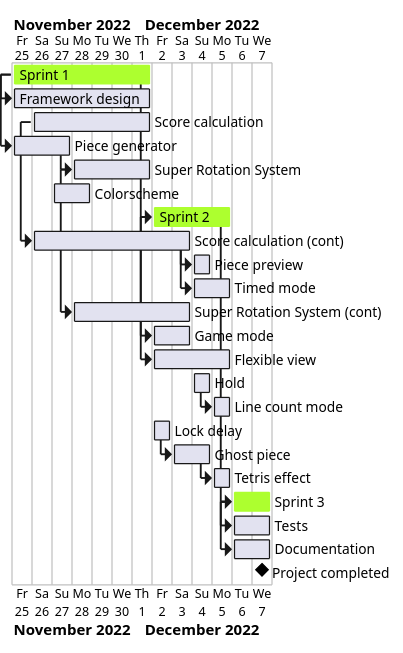
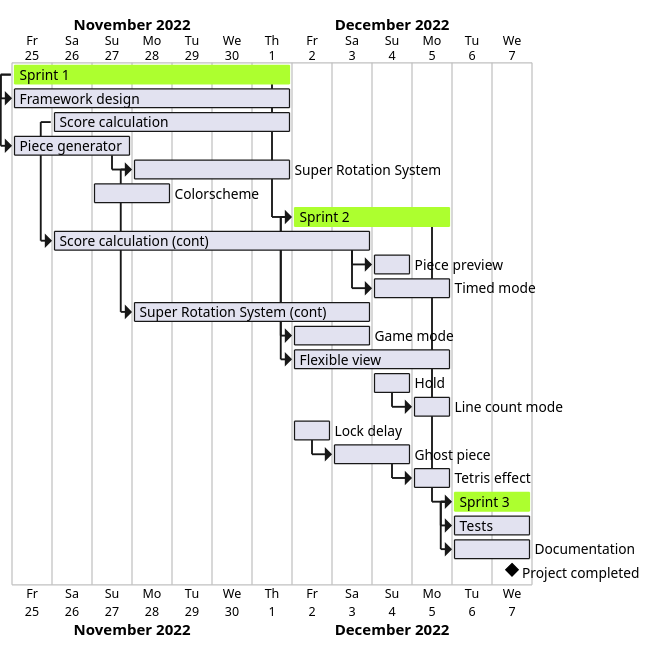
One commit to jimmy-zx/SAC changed the diagram in docs/uml/timeline.puml. Above: the diagram before and after it, drawn with PlantUML. The commit also changed 5 other files, not shown here.

```diff
--- a/docs/uml/timeline.puml
+++ b/docs/uml/timeline.puml
@@ -1,67 +1,69 @@
 @startgantt
+
+projectscale daily zoom 2
 
 Project starts 2022-11-25
 
 [Sprint 1] is colored in GreenYellow
 [Sprint 1] starts 2022-11-25
 [Sprint 1] ends 2022-12-1
 
 [Framework design] starts at [Sprint 1]'s start
 [Framework design] ends 2022-12-1
 
 [Score calculation] starts 2022-11-26
 [Score calculation] ends 2022-12-1
 
 [Piece generator] starts at [Sprint 1]'s start
 [Piece generator] lasts 3 days
 
 [Super Rotation System] starts at [Piece generator]'s end
 [Super Rotation System] ends 2022-12-1
 
 [Colorscheme] starts at 2022-11-27
 [Colorscheme] lasts 2 days
 
 [Sprint 2] is colored in GreenYellow
 [Sprint 2] starts at [Sprint 1]'s end
 [Sprint 2] ends 2022-12-5
 
 [Score calculation (cont)] starts at [Score calculation]'s start
 [Score calculation (cont)] ends 2022-12-3
 
 [Piece preview] starts at [Score calculation (cont)]'s end
 
 [Timed mode] starts at [Score calculation (cont)]'s end
 [Timed mode] lasts 2 days
 
 [Super Rotation System (cont)] starts at [Super Rotation System]'s start
 [Super Rotation System (cont)] ends at 2022-12-3
 
 [Game mode] starts at [Sprint 2]'s start
 [Game mode] ends at 2022-12-3
 
 [Flexible view] starts at [Sprint 2]'s start
 [Flexible view] ends 2022-12-5
 
 [Hold] starts at 2022-12-4
 [Line count mode] starts at [Hold]'s end
 
 
 [Lock delay] starts at 2022-12-2
 
 [Ghost piece] starts at [Lock delay]'s end
 [Ghost piece] lasts 2 days
 
 [Tetris effect] starts at [Ghost piece]'s end
 
 [Sprint 3] is colored in GreenYellow
 [Sprint 3] starts at [Sprint 2]'s end
 [Sprint 3] ends 2022-12-7
 
 [Tests] starts at [Sprint 3]'s start
 [Tests] lasts 2 days
 
 [Documentation] starts at [Sprint 3]'s start
 [Documentation] lasts 2 days
 
 [Project completed] happens at [Sprint 3]'s end
 @endgantt
```
